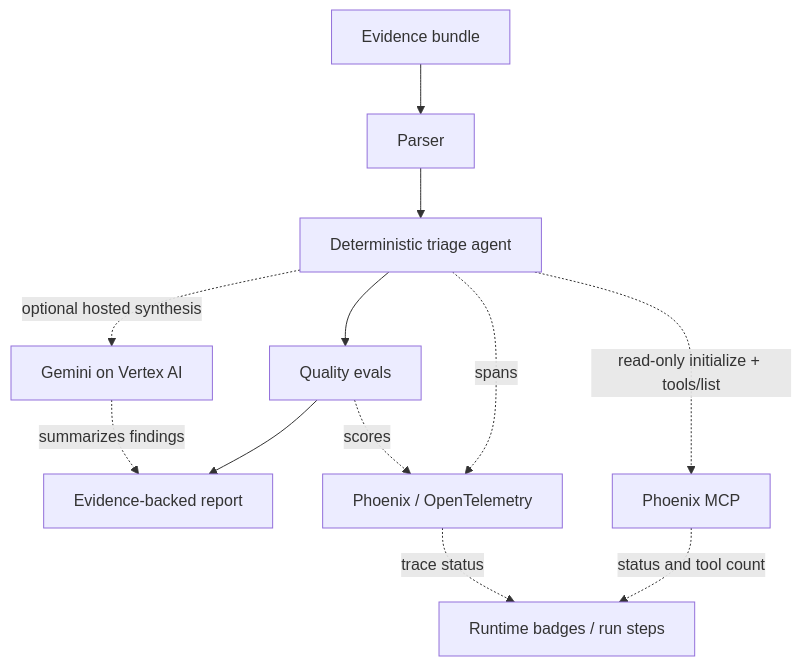
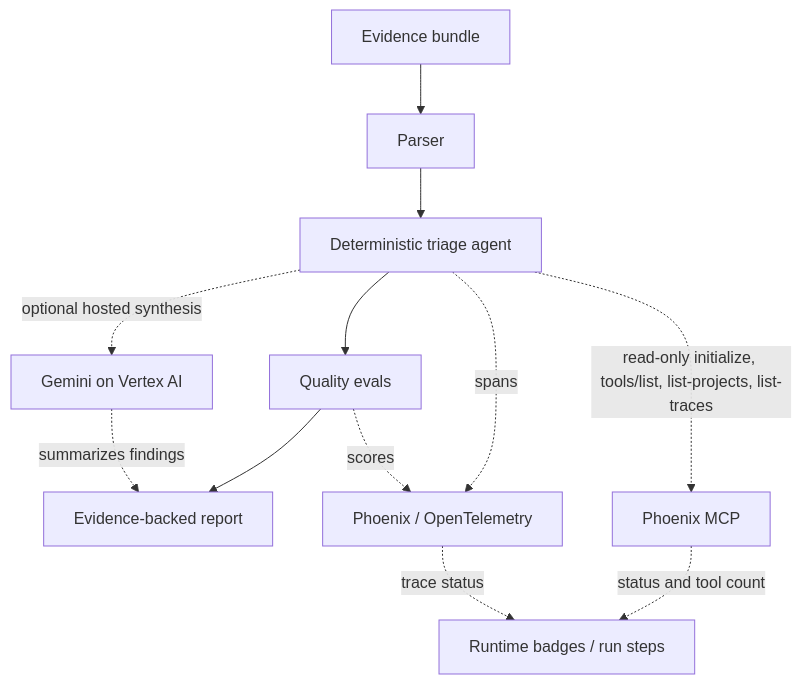
One commit to Lockelamoree/TraceGuard changed the diagram in SUBMISSION.md. Above: the diagram before and after it, drawn with Mermaid. The commit also changed other lines of this file and 12 other files, not shown here.

Commit message:
Deepen Phoenix MCP and document ADK runtime

````diff
--- a/SUBMISSION.md
+++ b/SUBMISSION.md
@@ -44,14 +44,14 @@
 ```mermaid
 flowchart TD
     evidence["Evidence bundle"] --> parser["Parser"]
     parser --> agent["Deterministic triage agent"]
     agent --> evals["Quality evals"]
     evals --> report["Evidence-backed report"]
     agent -. "optional hosted synthesis" .-> gemini["Gemini on Vertex AI"]
     gemini -. "summarizes findings" .-> report
     agent -. "spans" .-> phoenix["Phoenix / OpenTelemetry"]
     evals -. "scores" .-> phoenix
-    agent -. "read-only initialize + tools/list" .-> mcp["Phoenix MCP"]
+    agent -. "read-only initialize, tools/list, list-projects, list-traces" .-> mcp["Phoenix MCP"]
     mcp -. "status and tool count" .-> status["Runtime badges / run steps"]
     phoenix -. "trace status" .-> status
 ```
````
